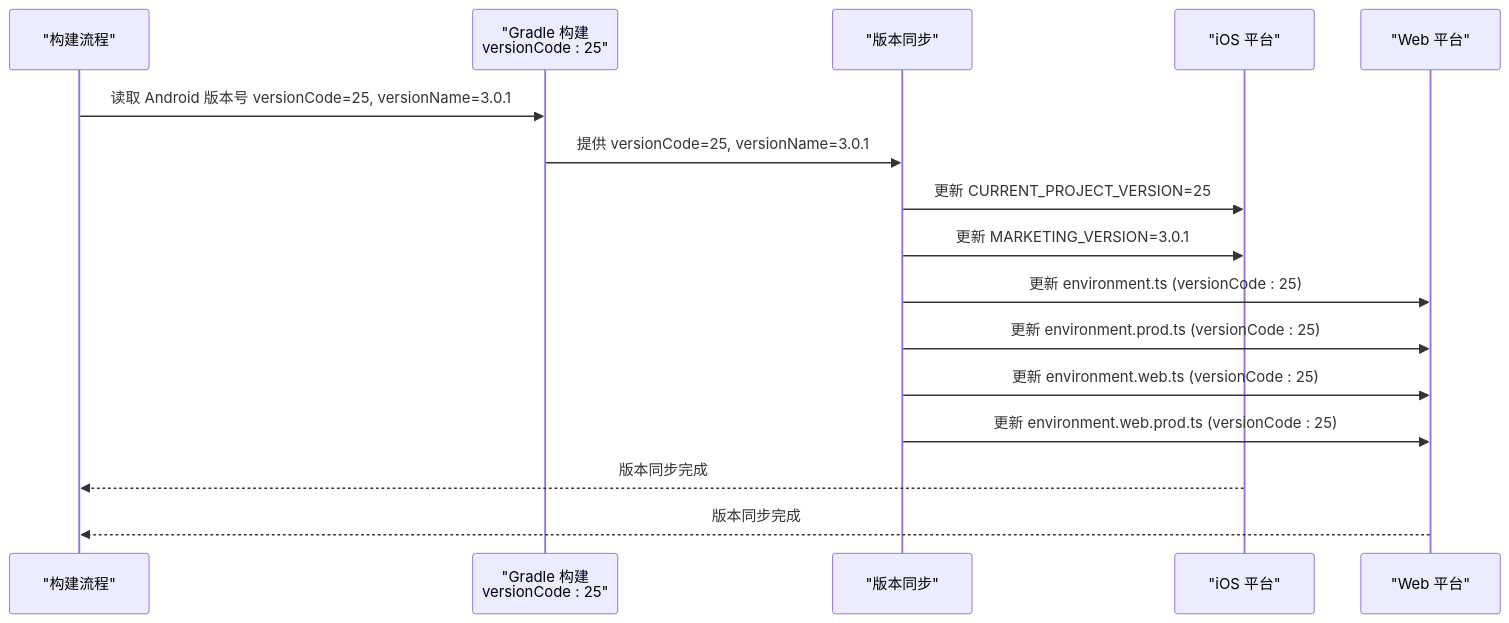
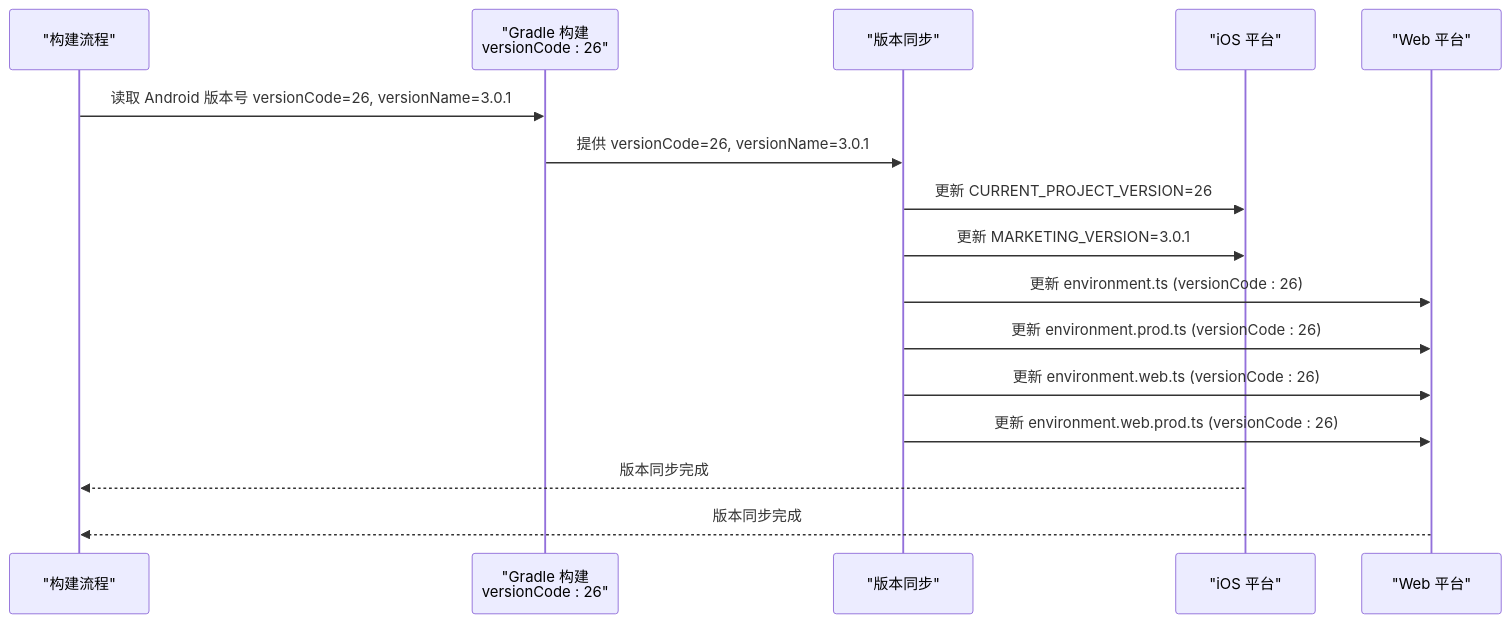
Before and after one commit to tea4go/Macro-Deck-Client-App: the fifth of 6 diagrams in .qoder/repowiki/zh/content/构建与部署/构建配置.md, drawn with Mermaid. The commit also changed other lines of this file and 50 other files, not shown here.

````diff
--- a/.qoder/repowiki/zh/content/构建与部署/构建配置.md
+++ b/.qoder/repowiki/zh/content/构建与部署/构建配置.md
@@ -907,18 +907,18 @@
 ```mermaid
 sequenceDiagram
 participant Build as "构建流程"
-participant Gradle as "Gradle 构建<br/>versionCode : 25"
+participant Gradle as "Gradle 构建<br/>versionCode : 26"
 participant Sync as "版本同步"
 participant iOS as "iOS 平台"
 participant Web as "Web 平台"
-Build->>Gradle : 读取 Android 版本号 versionCode=25, versionName=3.0.1
-Gradle->>Sync : 提供 versionCode=25, versionName=3.0.1
-Sync->>iOS : 更新 CURRENT_PROJECT_VERSION=25
+Build->>Gradle : 读取 Android 版本号 versionCode=26, versionName=3.0.1
+Gradle->>Sync : 提供 versionCode=26, versionName=3.0.1
+Sync->>iOS : 更新 CURRENT_PROJECT_VERSION=26
 Sync->>iOS : 更新 MARKETING_VERSION=3.0.1
-Sync->>Web : 更新 environment.ts (versionCode : 25)
-Sync->>Web : 更新 environment.prod.ts (versionCode : 25)
-Sync->>Web : 更新 environment.web.ts (versionCode : 25)
-Sync->>Web : 更新 environment.web.prod.ts (versionCode : 25)
+Sync->>Web : 更新 environment.ts (versionCode : 26)
+Sync->>Web : 更新 environment.prod.ts (versionCode : 26)
+Sync->>Web : 更新 environment.web.ts (versionCode : 26)
+Sync->>Web : 更新 environment.web.prod.ts (versionCode : 26)
 iOS-->>Build : 版本同步完成
 Web-->>Build : 版本同步完成
 ```
````
